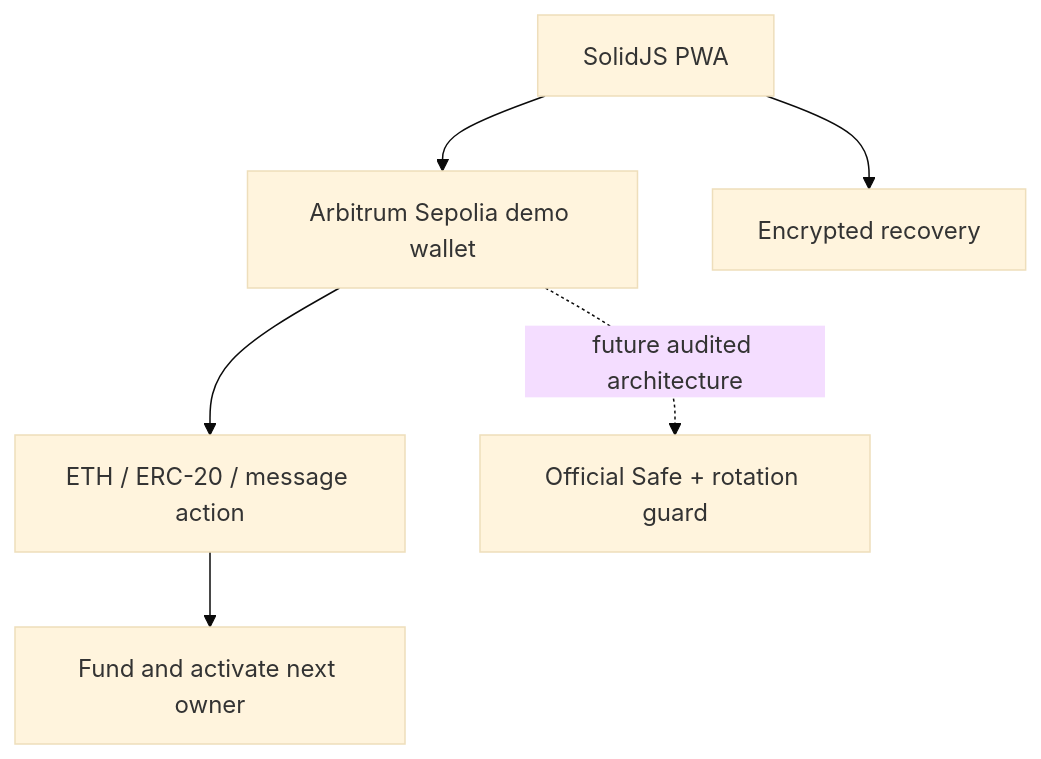
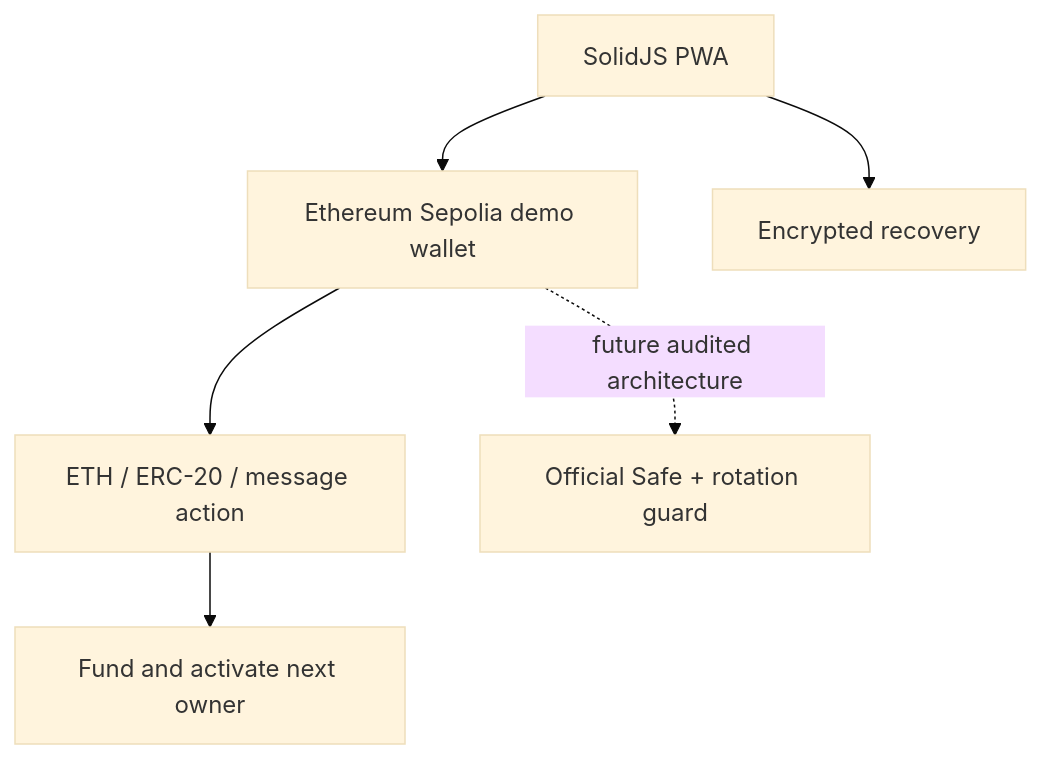
Before and after one commit to SilentCicero/bunker-wallet: the second of 2 diagrams in README.md, drawn with Mermaid (base theme). The commit also changed other lines of this file and 27 other files, not shown here.

````diff
--- a/README.md
+++ b/README.md
@@ -50,8 +50,8 @@
 ```mermaid
 flowchart TB
-  PWA[SolidJS PWA] --> D[Arbitrum Sepolia demo wallet]
+  PWA[SolidJS PWA] --> D[Ethereum Sepolia demo wallet]
   D --> A[ETH / ERC-20 / message action]
   A --> K[Fund and activate next owner]
   PWA --> V[Encrypted recovery]
   D -. future audited architecture .-> S[Official Safe + rotation guard]
 ```
````
